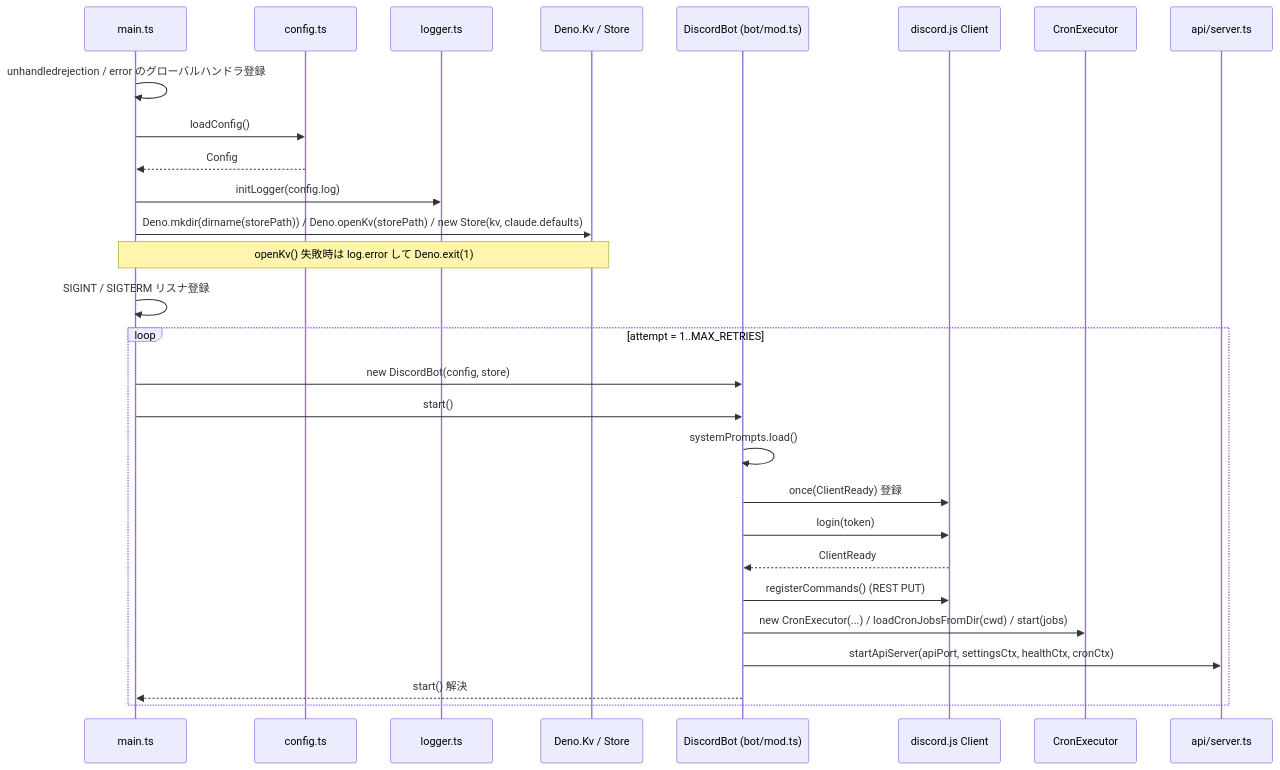
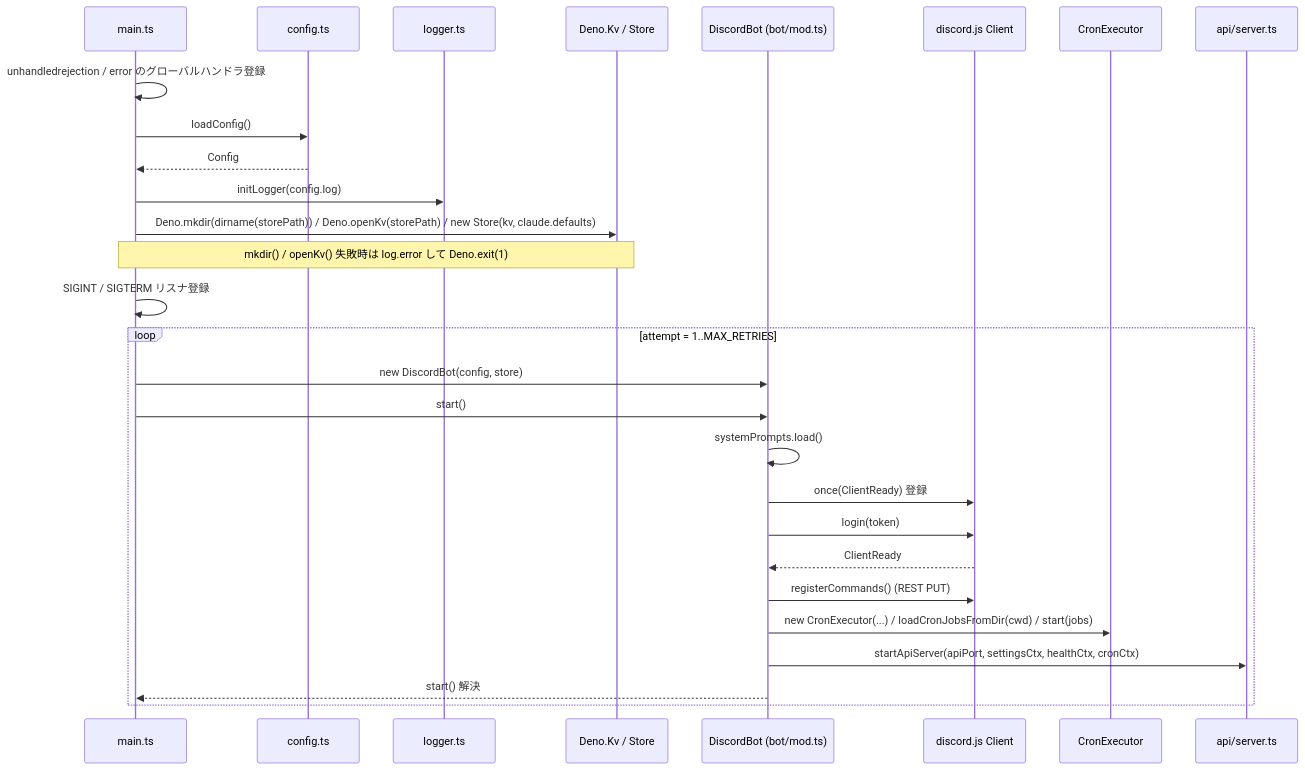
One commit to ansanloms/loms-claw changed the diagram in docs/architecture/lifecycle.md. Above: the diagram before and after it, drawn with Mermaid. The commit also changed other lines of this file and 4 other files, not shown here.

````diff
--- a/docs/architecture/lifecycle.md
+++ b/docs/architecture/lifecycle.md
@@ -9,31 +9,31 @@
 ```mermaid
 sequenceDiagram
     participant M as main.ts
     participant C as config.ts
     participant L as logger.ts
     participant KV as Deno.Kv / Store
     participant B as DiscordBot (bot/mod.ts)
     participant D as discord.js Client
     participant X as CronExecutor
     participant A as api/server.ts
 
     M->>M: unhandledrejection / error のグローバルハンドラ登録
     M->>C: loadConfig()
     C-->>M: Config
     M->>L: initLogger(config.log)
     M->>KV: Deno.mkdir(dirname(storePath)) / Deno.openKv(storePath) / new Store(kv, claude.defaults)
-    Note over M,KV: openKv() 失敗時は log.error して Deno.exit(1)
+    Note over M,KV: mkdir() / openKv() 失敗時は log.error して Deno.exit(1)
     M->>M: SIGINT / SIGTERM リスナ登録
     loop attempt = 1..MAX_RETRIES
         M->>B: new DiscordBot(config, store)
         M->>B: start()
         B->>B: systemPrompts.load()
         B->>D: once(ClientReady) 登録
         B->>D: login(token)
         D-->>B: ClientReady
         B->>D: registerCommands() (REST PUT)
         B->>X: new CronExecutor(...) / loadCronJobsFromDir(cwd) / start(jobs)
         B->>A: startApiServer(apiPort, settingsCtx, healthCtx, cronCtx)
         B-->>M: start() 解決
     end
 ```
````
